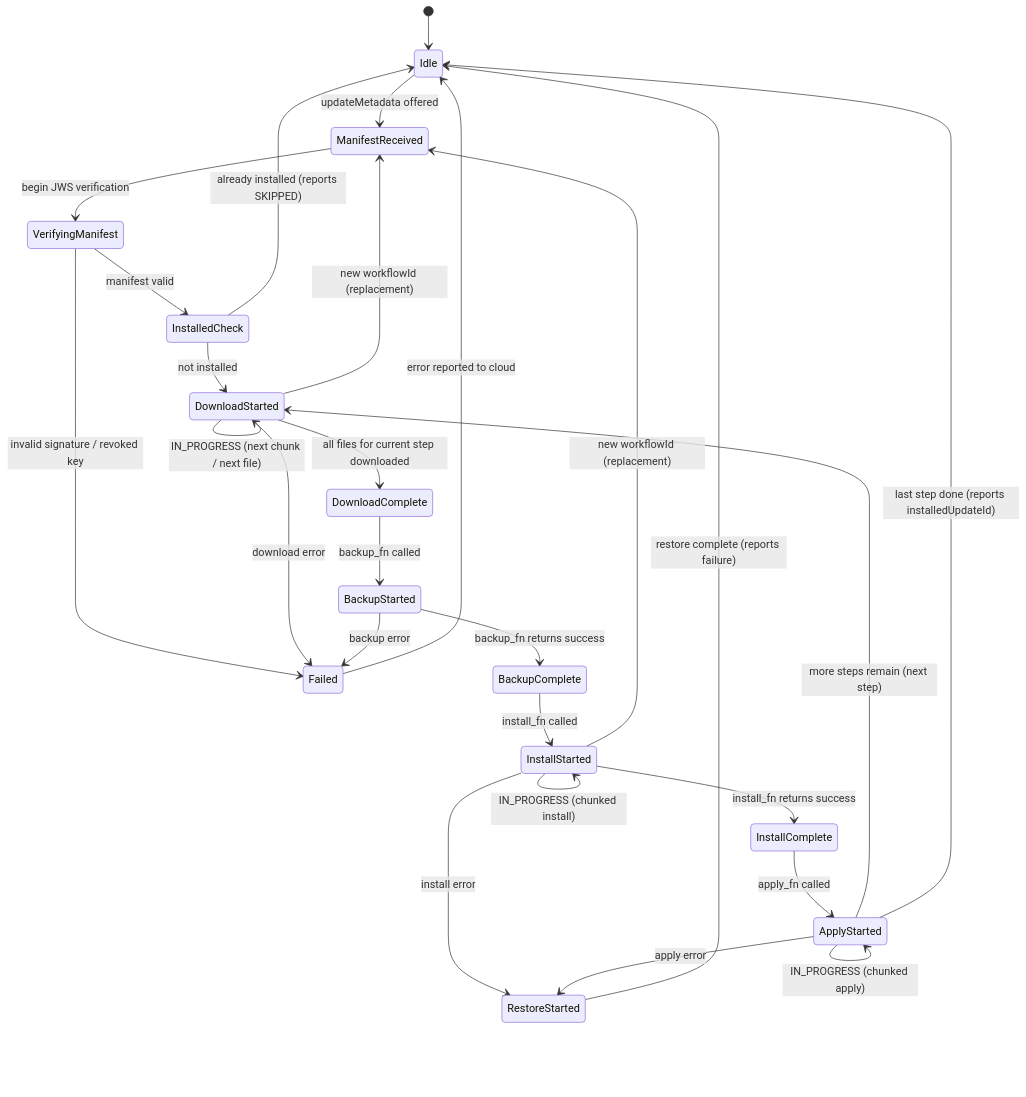
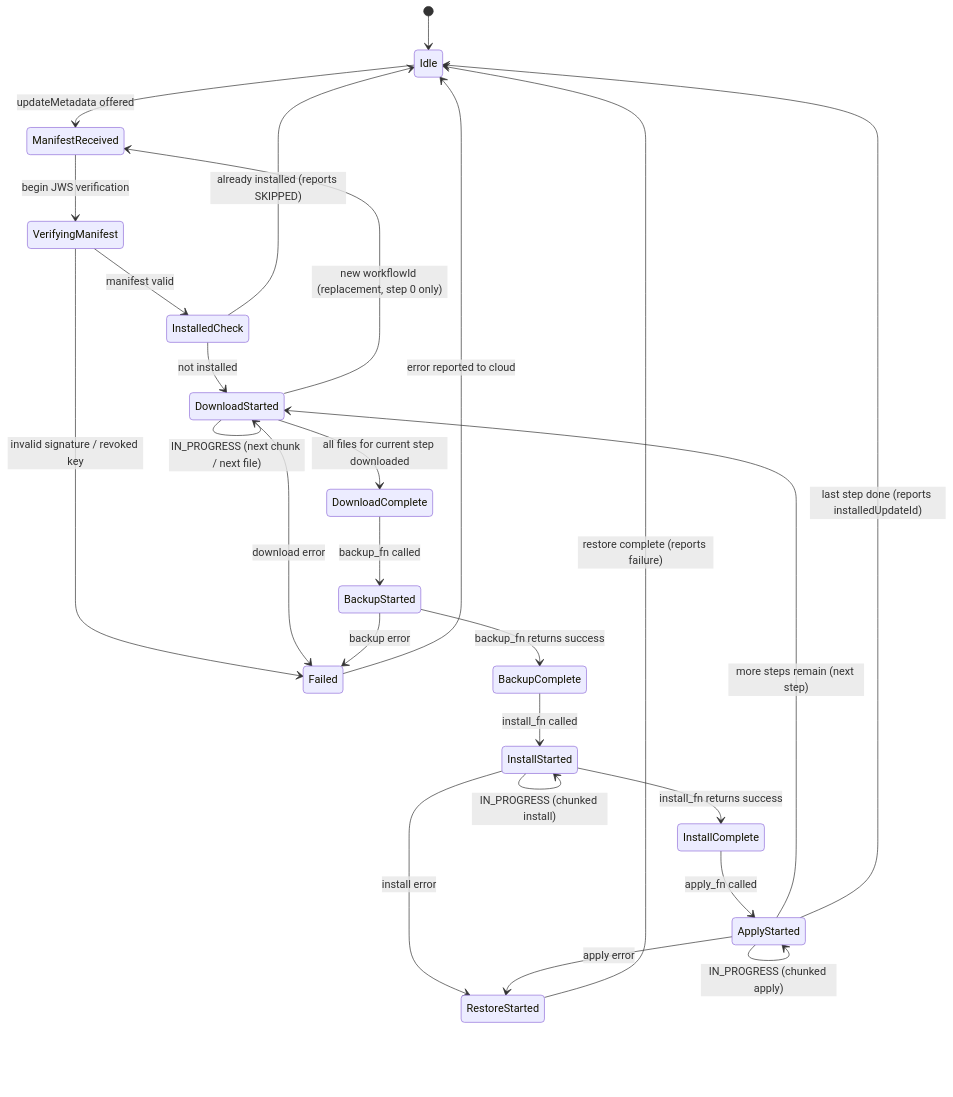
The third of 6 diagrams in c/docs/eng/software-updates.md (Azure/azure-iot-sdk), drawn with Mermaid before and after one commit. The commit also changed other lines of this file and 8 other files, not shown here.

````diff
--- a/c/docs/eng/software-updates.md
+++ b/c/docs/eng/software-updates.md
@@ -182,37 +182,36 @@
 ```mermaid
 stateDiagram-v2
     [*] --> Idle
 
     Idle --> ManifestReceived : updateMetadata offered
     ManifestReceived --> VerifyingManifest : begin JWS verification
     VerifyingManifest --> InstalledCheck : manifest valid
     VerifyingManifest --> Failed : invalid signature / revoked key
 
     InstalledCheck --> DownloadStarted : not installed
     InstalledCheck --> Idle : already installed (reports SKIPPED)
 
     DownloadStarted --> DownloadStarted : IN_PROGRESS (next chunk / next file)
     DownloadStarted --> DownloadComplete : all files for current step downloaded
     DownloadStarted --> Failed : download error
 
     DownloadComplete --> BackupStarted : backup_fn called
     BackupStarted --> BackupComplete : backup_fn returns success
     BackupStarted --> Failed : backup error
 
     BackupComplete --> InstallStarted : install_fn called
     InstallStarted --> InstallStarted : IN_PROGRESS (chunked install)
     InstallStarted --> InstallComplete : install_fn returns success
     InstallStarted --> RestoreStarted : install error
 
     InstallComplete --> ApplyStarted : apply_fn called
     ApplyStarted --> ApplyStarted : IN_PROGRESS (chunked apply)
     ApplyStarted --> DownloadStarted : more steps remain (next step)
     ApplyStarted --> Idle : last step done (reports installedUpdateId)
     ApplyStarted --> RestoreStarted : apply error
 
     RestoreStarted --> Idle : restore complete (reports failure)
     Failed --> Idle : error reported to cloud
 
-    DownloadStarted --> ManifestReceived : new workflowId (replacement)
-    InstallStarted --> ManifestReceived : new workflowId (replacement)
+    DownloadStarted --> ManifestReceived : new workflowId (replacement, step 0 only)
 ```
````
